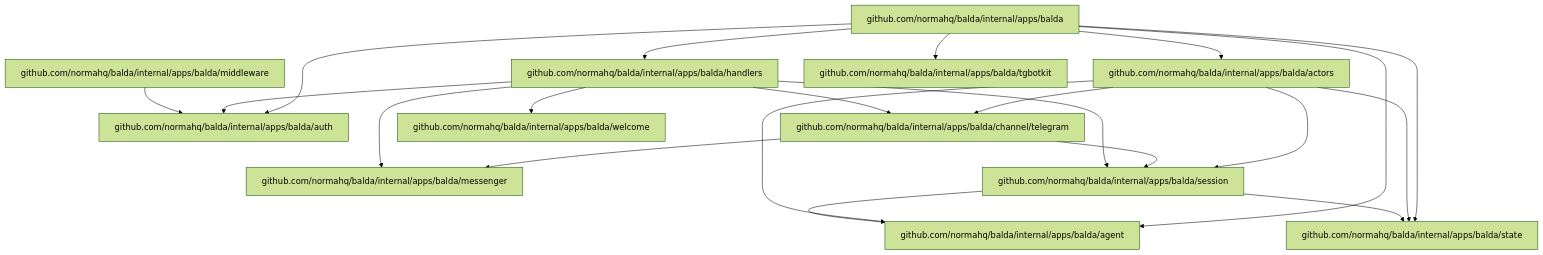
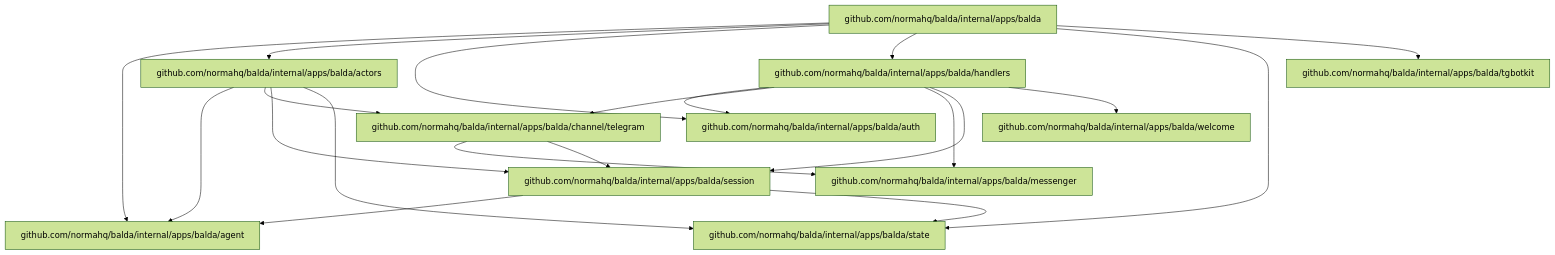
One commit to baldaworks/balda changed the first of 2 diagrams in docs/balda.md. Above: the diagram before and after it, drawn with Mermaid (forest theme). The commit also changed other lines of this file and 1 other file, not shown here.

Commit message:
refactor: remove dead owner auth middleware

````diff
--- a/docs/balda.md
+++ b/docs/balda.md
@@ -100,41 +100,38 @@
 ```mermaid
 flowchart TB
     balda_root["github.com/normahq/balda/internal/apps/balda"]
     agent["github.com/normahq/balda/internal/apps/balda/agent"]
     actors["github.com/normahq/balda/internal/apps/balda/actors"]
     auth["github.com/normahq/balda/internal/apps/balda/auth"]
     telegram["github.com/normahq/balda/internal/apps/balda/channel/telegram"]
     handlers["github.com/normahq/balda/internal/apps/balda/handlers"]
     messenger["github.com/normahq/balda/internal/apps/balda/messenger"]
-    middleware["github.com/normahq/balda/internal/apps/balda/middleware"]
     session["github.com/normahq/balda/internal/apps/balda/session"]
     state["github.com/normahq/balda/internal/apps/balda/state"]
     tgbotkit["github.com/normahq/balda/internal/apps/balda/tgbotkit"]
     welcome["github.com/normahq/balda/internal/apps/balda/welcome"]
 
     balda_root --> agent
     balda_root --> actors
     balda_root --> auth
     balda_root --> handlers
     balda_root --> state
     balda_root --> tgbotkit
 
     actors --> agent
     actors --> telegram
     actors --> session
     actors --> state
 
     telegram --> messenger
     telegram --> session
 
     handlers --> auth
     handlers --> telegram
     handlers --> messenger
     handlers --> session
     handlers --> welcome
 
-    middleware --> auth
-
     session --> agent
     session --> state
 ```
````
